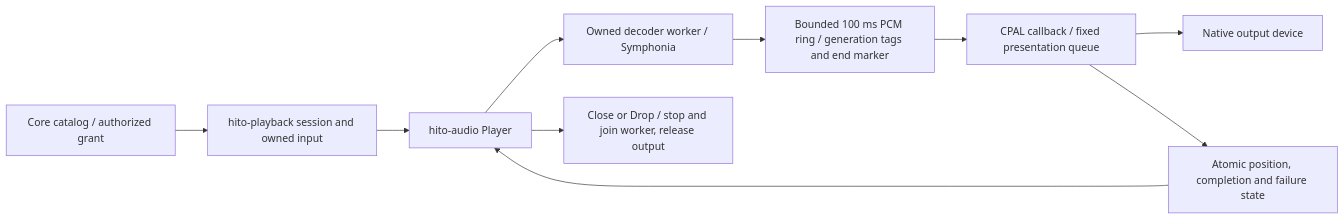
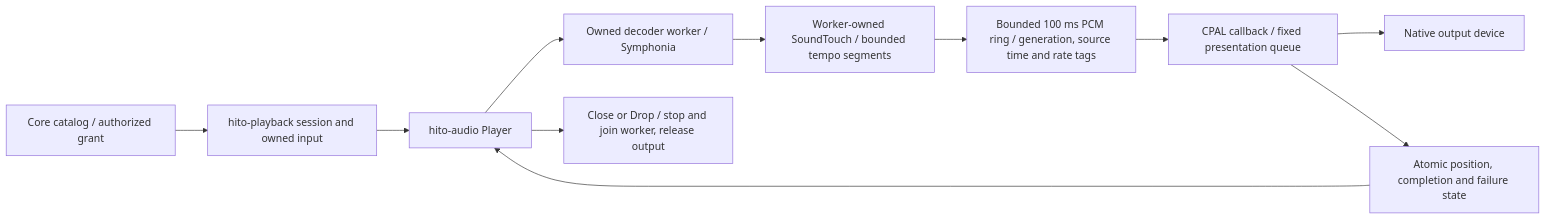
Before and after one commit to acidiney/hitoapp: the first of 3 diagrams in docs/native-audio.md, drawn with Mermaid. The commit also changed other lines of this file and 5 other files, not shown here.

Commit message:
Document native tempo media time and SoundTouch notices

````diff
--- a/docs/native-audio.md
+++ b/docs/native-audio.md
@@ -9,12 +9,13 @@
 ```mermaid
 flowchart LR
   Catalog[Core catalog / authorized grant] --> Session[hito-playback session and owned input]
   Session --> Player[hito-audio Player]
   Player --> Decoder[Owned decoder worker / Symphonia]
-  Decoder --> PCM[Bounded 100 ms PCM ring / generation tags and end marker]
+  Decoder --> Tempo[Worker-owned SoundTouch / bounded tempo segments]
+  Tempo --> PCM[Bounded 100 ms PCM ring / generation, source time and rate tags]
   PCM --> Render[CPAL callback / fixed presentation queue]
   Render --> Device[Native output device]
   Render --> State[Atomic position, completion and failure state]
   State --> Player
   Player --> Join[Close or Drop / stop and join worker, release output]
 ```
````
